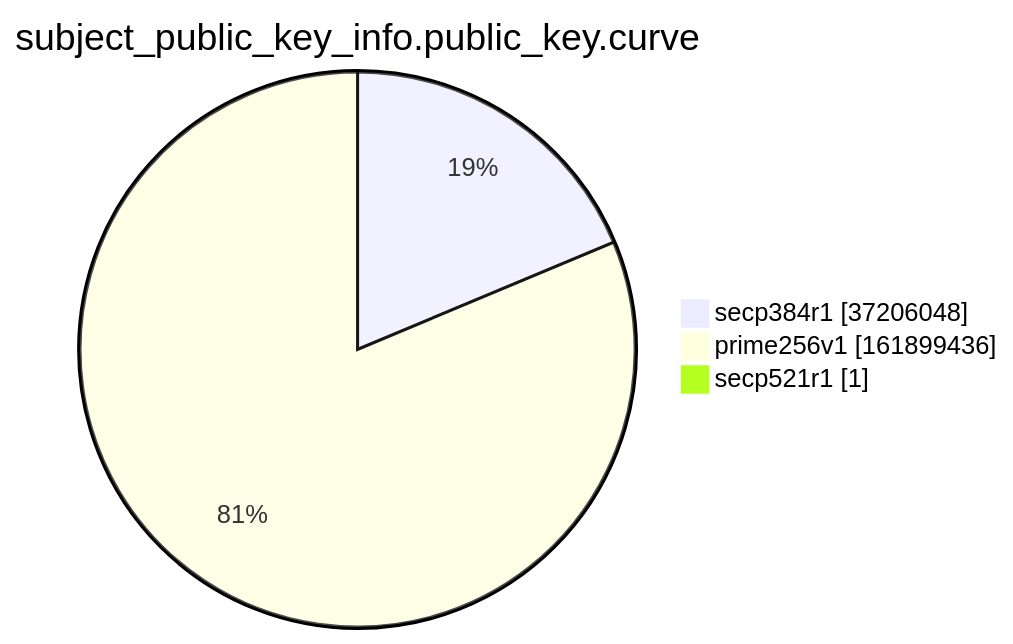
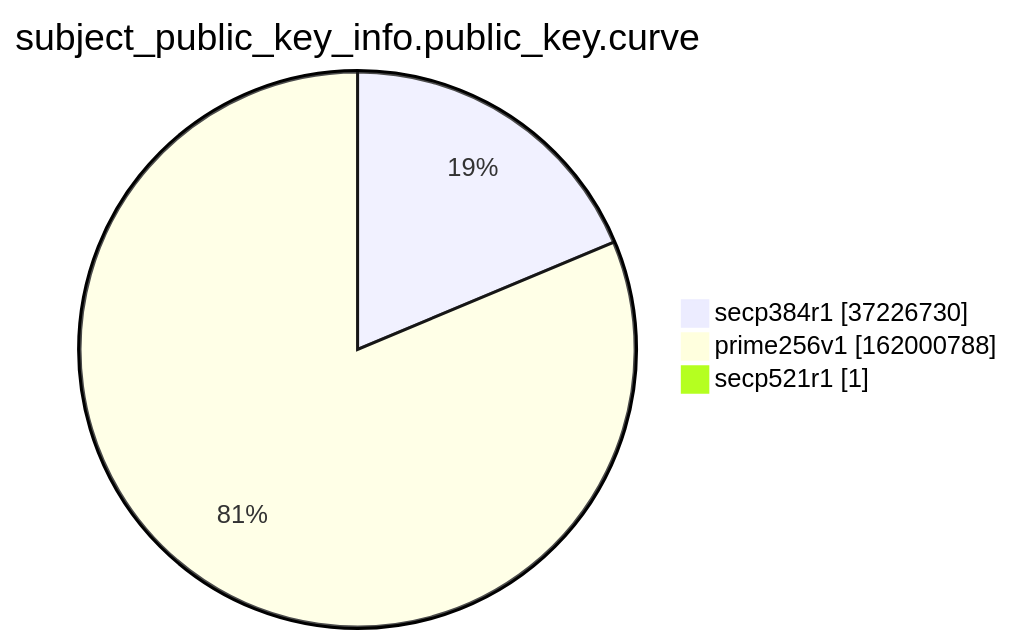
One commit to christiankrug/ctmonitor_visualization changed the ninth of 15 diagrams in argon2022/README.md. Above: the diagram before and after it, drawn with Mermaid. The commit also changed other lines of this file, not shown here.

````diff
--- a/argon2022/README.md
+++ b/argon2022/README.md
@@ -2766,7 +2766,7 @@
 ```mermaid
 pie showData
 title subject_public_key_info.public_key.curve
-"secp384r1" :37206048
-"prime256v1" :161899436
+"secp384r1" :37226730
+"prime256v1" :162000788
 "secp521r1" :1
 ```
````
